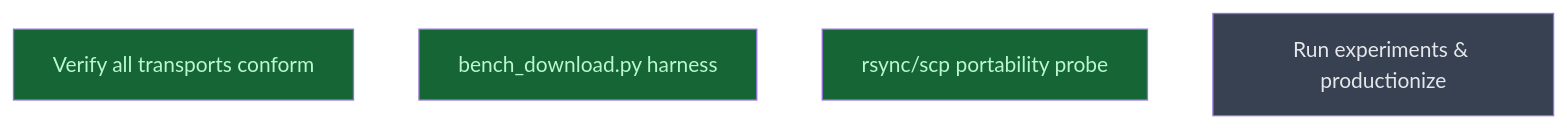
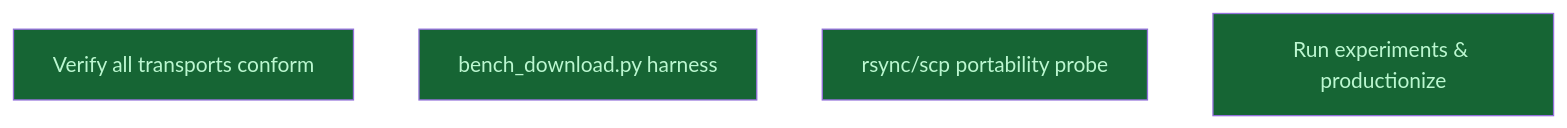
One commit to RIKEN-RCCS/Rikyu-Agent changed the diagram in __roadmap__/fs-download-rework/transports/benchmark/README.md. Above: the diagram before and after it, drawn with Mermaid. The commit also changed other lines of this file and 3 other files, not shown here.

Commit message:
docs(roadmap): campaign complete — all tiers done

````diff
--- a/__roadmap__/fs-download-rework/transports/benchmark/README.md
+++ b/__roadmap__/fs-download-rework/transports/benchmark/README.md
@@ -16,12 +16,12 @@
 ```mermaid
 graph TD
     verify_transports[Verify all transports conform]:::done
     benchmark_harness[bench_download.py harness]:::done
     portability_probe[rsync/scp portability probe]:::done
-    finalize[Run experiments & productionize]:::planned
+    finalize[Run experiments & productionize]:::done
     classDef done       fill:#166534,color:#bbf7d0
     classDef inprogress fill:#854d0e,color:#fef08a
     classDef planned    fill:#374151,color:#e5e7eb
     classDef amendment  fill:#1e3a5f,color:#bfdbfe
     classDef blocked    fill:#7f1d1d,color:#fecaca
 ```
````
